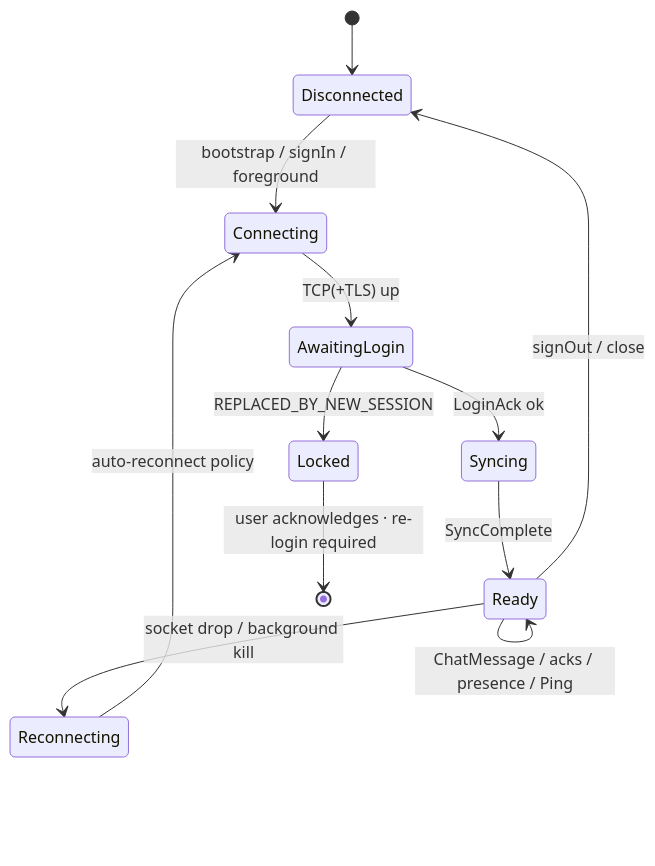
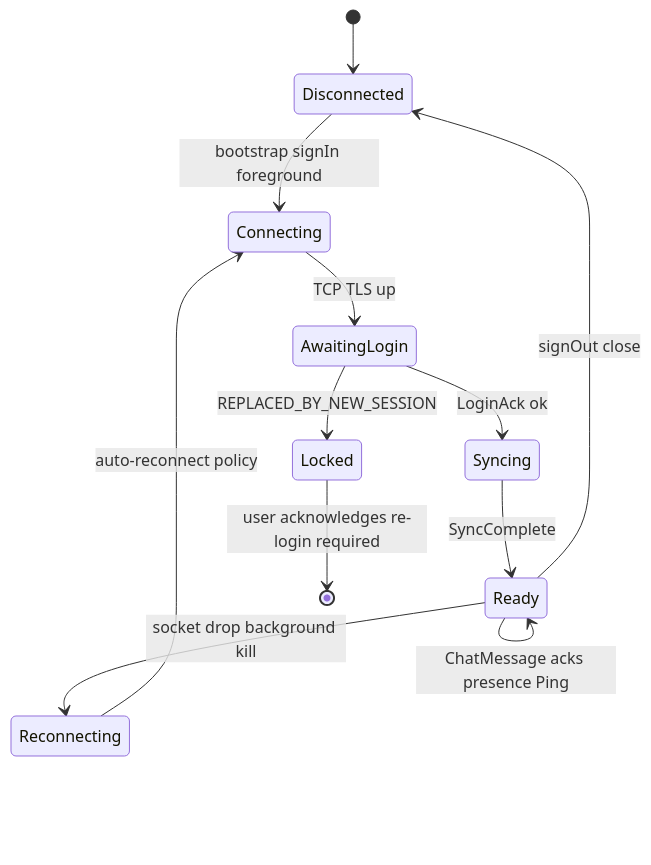
One commit to akashsoni01/lane_switchboards changed the fifth of 6 diagrams in docs/ECOSYSTEM_GUIDE.md. Above: the diagram before and after it, drawn with Mermaid. The commit also changed other lines of this file, not shown here.

````diff
--- a/docs/ECOSYSTEM_GUIDE.md
+++ b/docs/ECOSYSTEM_GUIDE.md
@@ -418,14 +424,14 @@
 ```mermaid
 stateDiagram-v2
   [*] --> Disconnected
-  Disconnected --> Connecting: bootstrap / signIn / foreground
-  Connecting --> AwaitingLogin: TCP(+TLS) up
+  Disconnected --> Connecting: bootstrap signIn foreground
+  Connecting --> AwaitingLogin: TCP TLS up
   AwaitingLogin --> Syncing: LoginAck ok
   AwaitingLogin --> Locked: REPLACED_BY_NEW_SESSION
   Syncing --> Ready: SyncComplete
-  Ready --> Ready: ChatMessage / acks / presence / Ping
-  Ready --> Reconnecting: socket drop / background kill
+  Ready --> Ready: ChatMessage acks presence Ping
+  Ready --> Reconnecting: socket drop background kill
   Reconnecting --> Connecting: auto-reconnect policy
-  Locked --> [*]: user acknowledges · re-login required
-  Ready --> Disconnected: signOut / close
+  Locked --> [*]: user acknowledges re-login required
+  Ready --> Disconnected: signOut close
 ```
````
